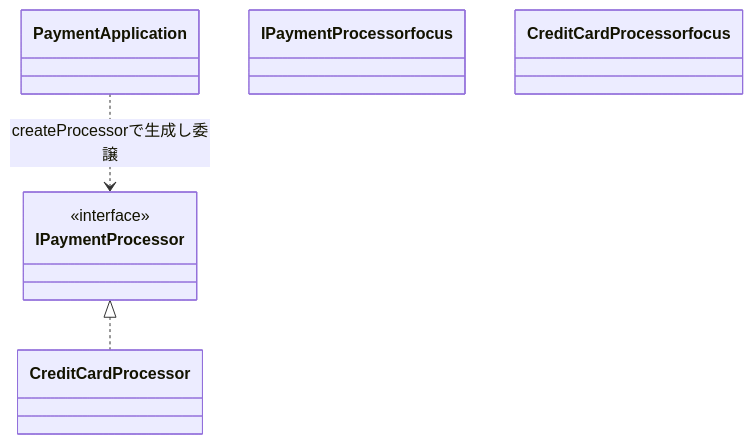
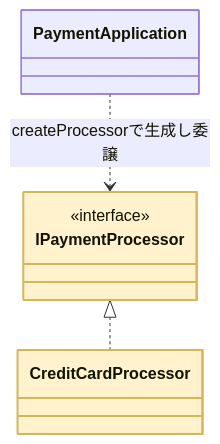
Before and after one commit to kumachan1101-pixel/DesignPattern: diagram 11 of 16 in kindle/design-patterns/output/chapter08.md, drawn with Mermaid. The commit also changed other lines of this file and 15 other files, not shown here.

First line of the commit message:
全章classDiagram: phantom浮きクラスを生む着色構文 class X focus を :::focus へ修正（103箇所）

````diff
--- a/kindle/design-patterns/output/chapter08.md
+++ b/kindle/design-patterns/output/chapter08.md
@@ -2023,11 +2023,11 @@
 ```mermaid
 classDiagram
     class PaymentApplication
     class IPaymentProcessor { <<interface>> }
     class CreditCardProcessor
     PaymentApplication ..> IPaymentProcessor : createProcessorで生成し委譲
     IPaymentProcessor <|.. CreditCardProcessor
-    class IPaymentProcessor focus
-    class CreditCardProcessor focus
+    class IPaymentProcessor:::focus
+    class CreditCardProcessor:::focus
     classDef focus fill:#FFF2CC,stroke:#D6B656,stroke-width:2px
 ```
````
